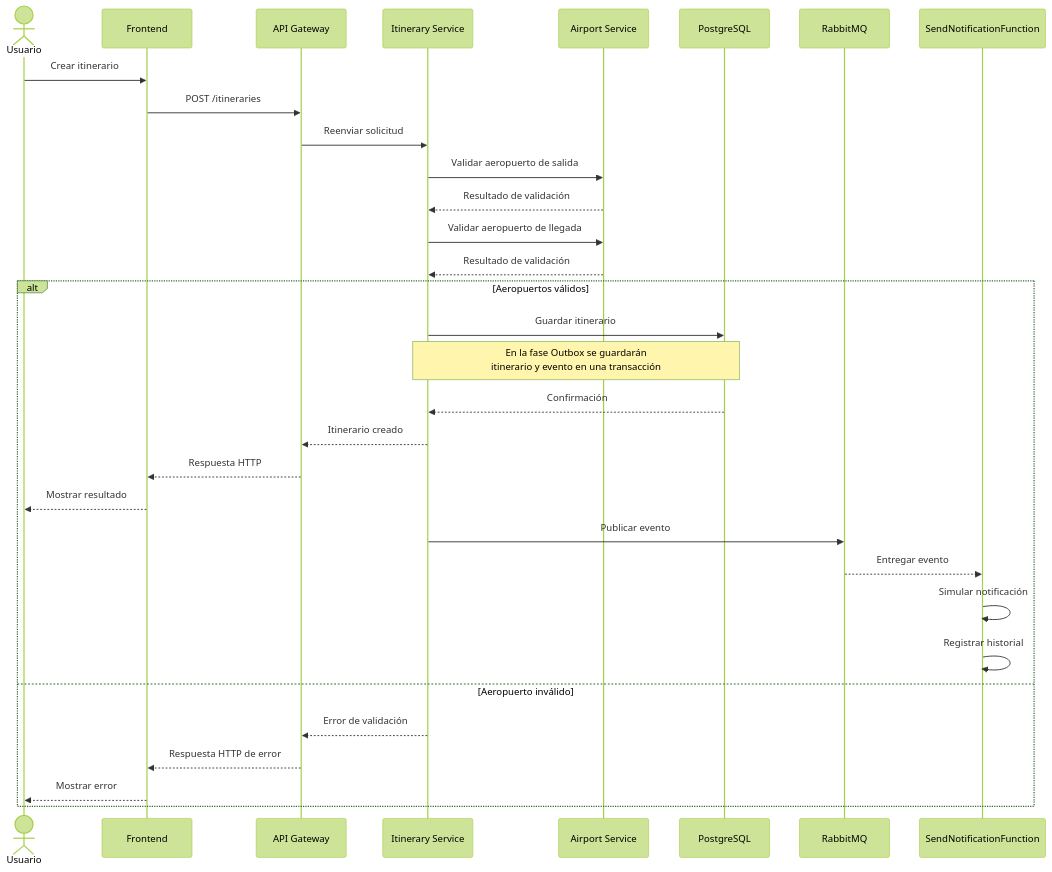
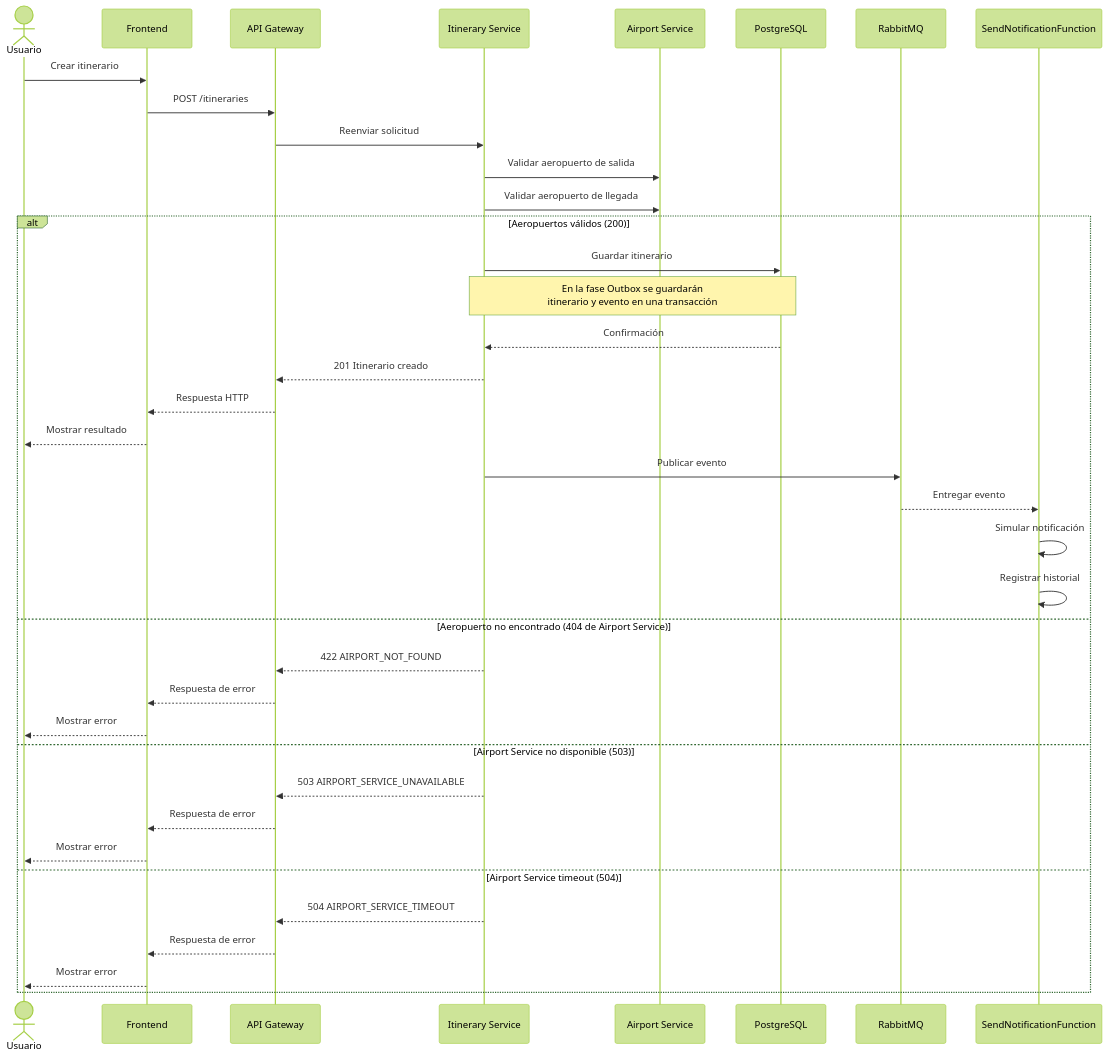
One commit to JUANGR12192004/sistema-itinerarios-personales changed the third of 5 diagrams in docs/05-diagramas.md. Above: the diagram before and after it, drawn with Mermaid (forest theme). The commit also changed 3 other files, not shown here.

Commit message:
docs: registra ADR-015 a ADR-019 y actualiza dominio y diagramas de la Fase 3

````diff
--- a/docs/05-diagramas.md
+++ b/docs/05-diagramas.md
@@ -89,39 +89,44 @@
 ```mermaid
 sequenceDiagram
     actor Usuario
     participant FE as Frontend
     participant GW as API Gateway
     participant IS as Itinerary Service
     participant AS as Airport Service
     participant DB as PostgreSQL
     participant MQ as RabbitMQ
     participant NF as SendNotificationFunction
 
     Usuario->>FE: Crear itinerario
     FE->>GW: POST /itineraries
     GW->>IS: Reenviar solicitud
 
     IS->>AS: Validar aeropuerto de salida
-    AS-->>IS: Resultado de validación
+    IS->>AS: Validar aeropuerto de llegada
 
-    IS->>AS: Validar aeropuerto de llegada
-    AS-->>IS: Resultado de validación
-
-    alt Aeropuertos válidos
+    alt Aeropuertos válidos (200)
         IS->>DB: Guardar itinerario
         Note over IS,DB: En la fase Outbox se guardarán<br/>itinerario y evento en una transacción
         DB-->>IS: Confirmación
-        IS-->>GW: Itinerario creado
+        IS-->>GW: 201 Itinerario creado
         GW-->>FE: Respuesta HTTP
         FE-->>Usuario: Mostrar resultado
 
         IS->>MQ: Publicar evento
         MQ-->>NF: Entregar evento
         NF->>NF: Simular notificación
         NF->>NF: Registrar historial
-    else Aeropuerto inválido
-        IS-->>GW: Error de validación
-        GW-->>FE: Respuesta HTTP de error
+    else Aeropuerto no encontrado (404 de Airport Service)
+        IS-->>GW: 422 AIRPORT_NOT_FOUND
+        GW-->>FE: Respuesta de error
+        FE-->>Usuario: Mostrar error
+    else Airport Service no disponible (503)
+        IS-->>GW: 503 AIRPORT_SERVICE_UNAVAILABLE
+        GW-->>FE: Respuesta de error
+        FE-->>Usuario: Mostrar error
+    else Airport Service timeout (504)
+        IS-->>GW: 504 AIRPORT_SERVICE_TIMEOUT
+        GW-->>FE: Respuesta de error
         FE-->>Usuario: Mostrar error
     end
 ```
````
